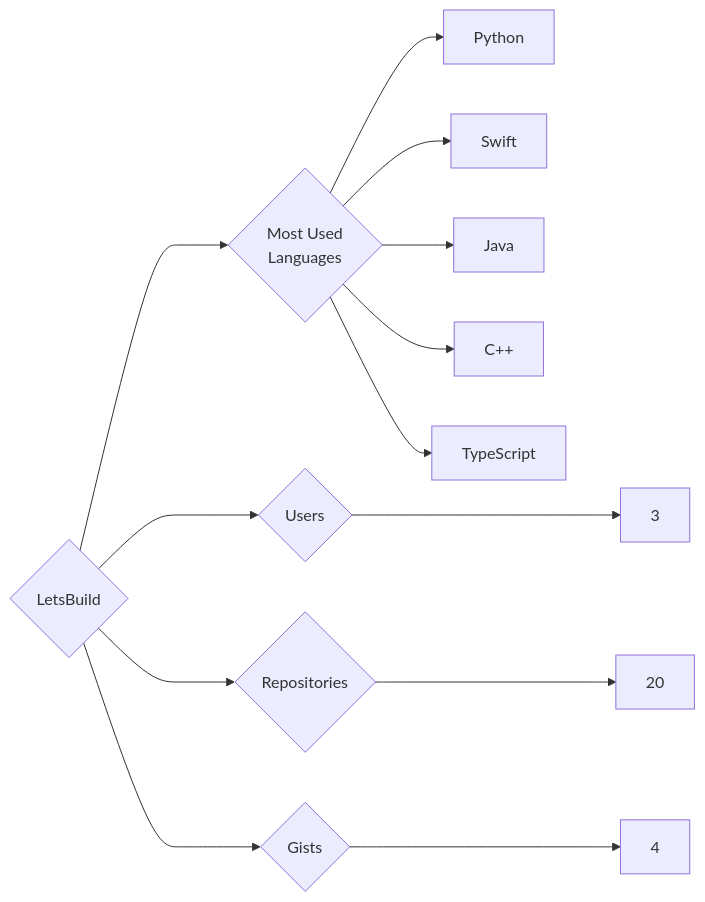
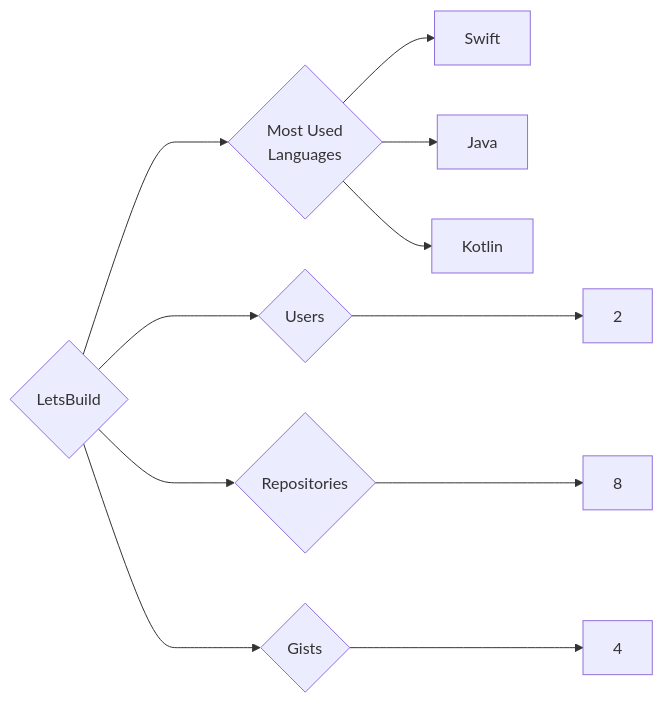
The diagram in targets/LetsBuild/README.md (trickest/insiders), drawn with Mermaid before and after one commit. The commit also changed 681 other files, not shown here.

````diff
--- a/targets/LetsBuild/README.md
+++ b/targets/LetsBuild/README.md
@@ -3,13 +3,11 @@
 ```mermaid
 graph LR
 COMPANY_NAME{LetsBuild}
-COMPANY_NAME ---> U{Users} ---> UN[3]
-COMPANY_NAME ---> R{Repositories} ---> RN[20]
+COMPANY_NAME ---> U{Users} ---> UN[2]
+COMPANY_NAME ---> R{Repositories} ---> RN[8]
 COMPANY_NAME ---> G{Gists} ---> GN[4]
 COMPANY_NAME ---> ML{Most Used<br>Languages}
-ML --> Python[Python]
 ML --> Swift[Swift]
 ML --> Java[Java]
-ML --> C++[C++]
-ML --> TypeScript[TypeScript]
+ML --> Kotlin[Kotlin]
 ```
````
